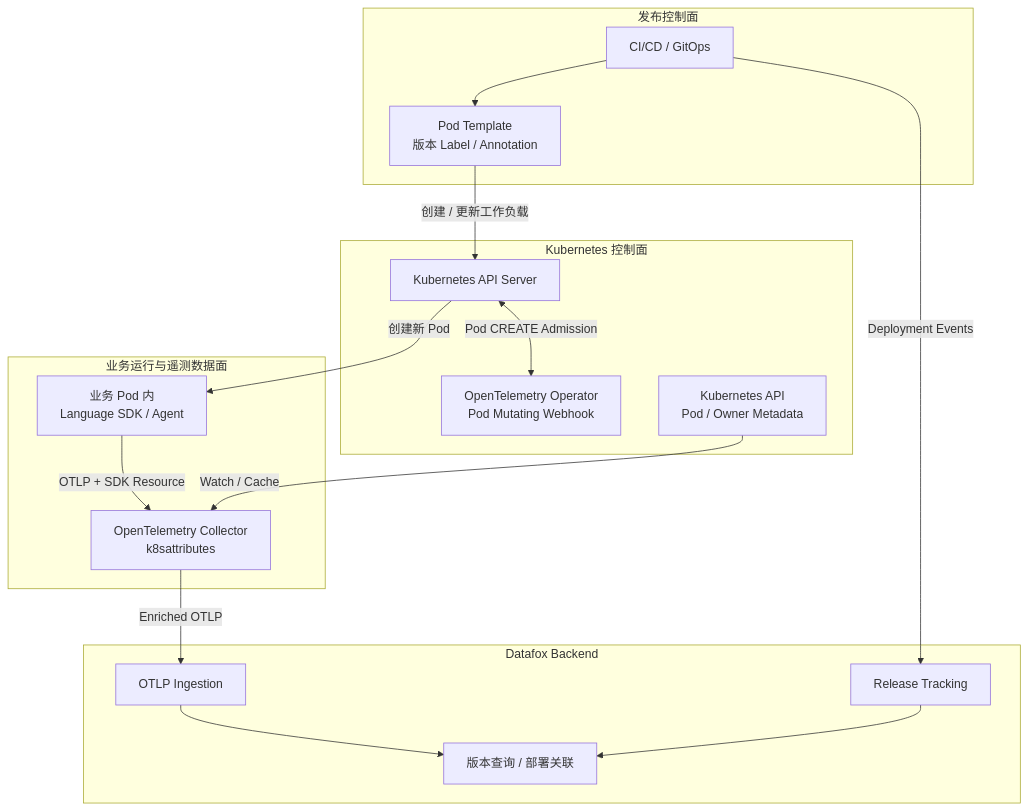
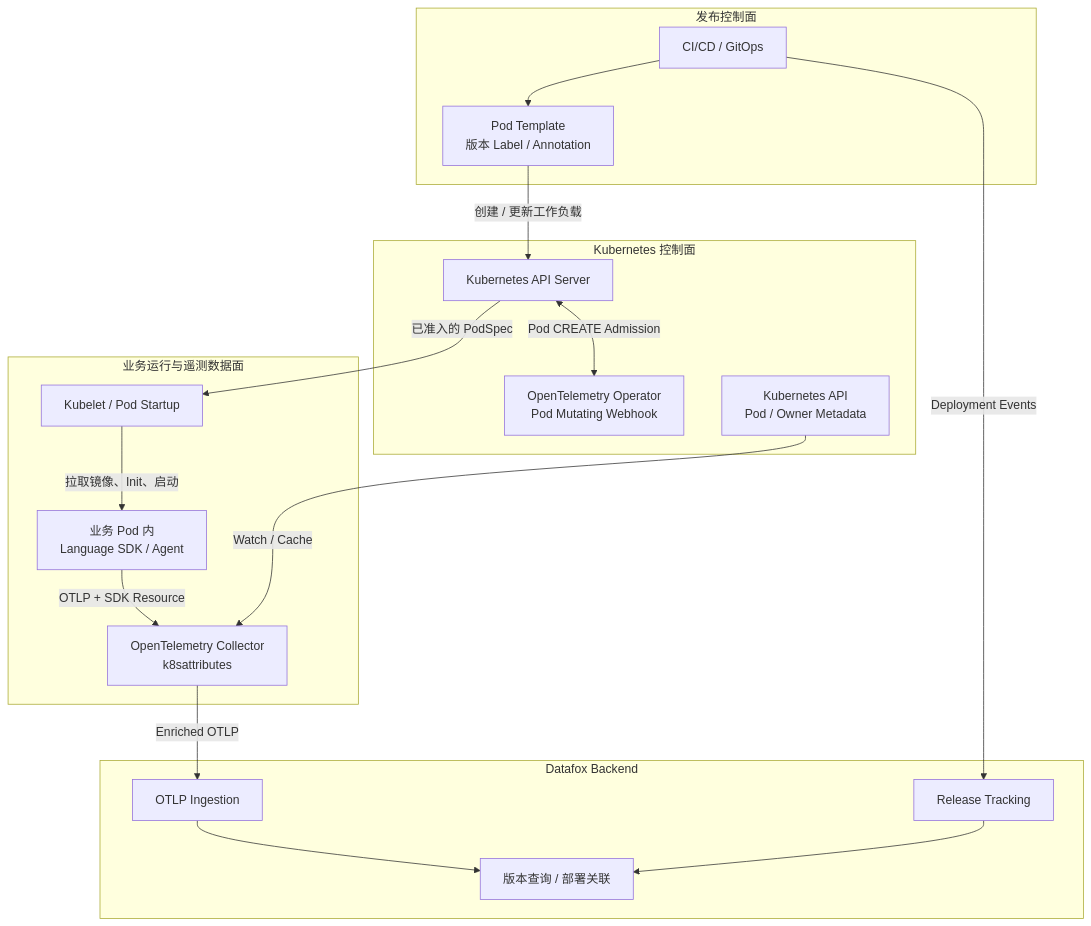
One commit to datafoxlabs/datafox-kubernetes changed the first of 4 diagrams in docs/architecture.md. Above: the diagram before and after it, drawn with Mermaid. The commit also changed other lines of this file, not shown here.

Commit message:
docs: distinguish API admission from kubelet pod startup in architecture views

```diff
--- a/docs/architecture.md
+++ b/docs/architecture.md
@@ -61,35 +61,36 @@
 ~~~mermaid
 flowchart TB
     subgraph Delivery["发布控制面"]
         CI["CI/CD / GitOps"]
         Template["Pod Template<br/>版本 Label / Annotation"]
         CI --> Template
     end
 
     subgraph Kubernetes["Kubernetes 控制面"]
         API["Kubernetes API Server"]
         Operator["OpenTelemetry Operator<br/>Pod Mutating Webhook"]
         K8sMeta["Kubernetes API<br/>Pod / Owner Metadata"]
         Template -->|"创建 / 更新工作负载"| API
         API <-->|"Pod CREATE Admission"| Operator
     end
 
     subgraph Runtime["业务运行与遥测数据面"]
         SDK["业务 Pod 内<br/>Language SDK / Agent"]
         Collector["OpenTelemetry Collector<br/>k8sattributes"]
-        API -->|"创建新 Pod"| SDK
+        API -->|"已准入的 PodSpec"| Kubelet["Kubelet / Pod Startup"]
+        Kubelet -->|"拉取镜像、Init、启动"| SDK
         SDK -->|"OTLP + SDK Resource"| Collector
         K8sMeta -->|"Watch / Cache"| Collector
     end
 
     subgraph Backend["Datafox Backend"]
         Ingest["OTLP Ingestion"]
         Release["Release Tracking"]
         Query["版本查询 / 部署关联"]
         Ingest --> Query
         Release --> Query
     end
 
     Collector -->|"Enriched OTLP"| Ingest
     CI -->|"Deployment Events"| Release
 ~~~
```
